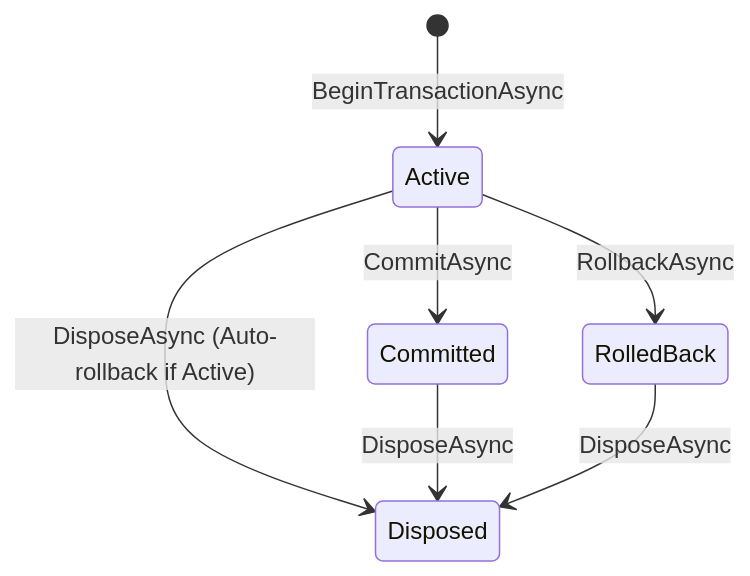
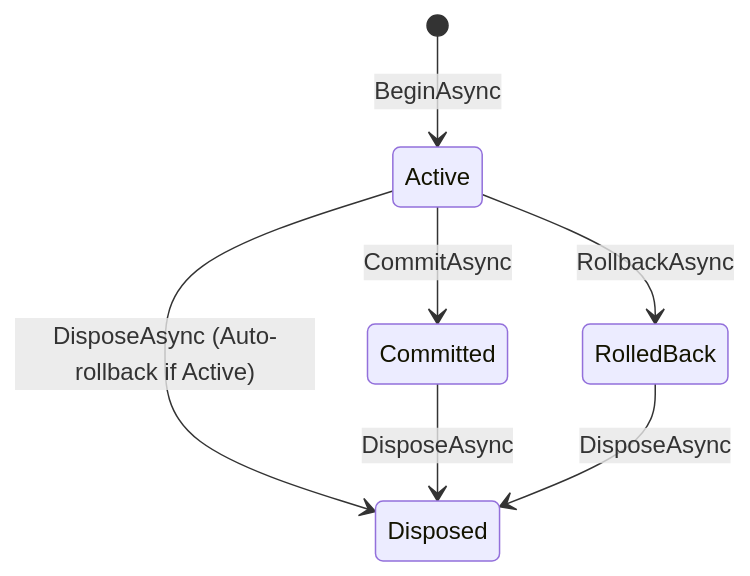
The diagram in docs/master-feature-matrix.md (ericksonlopezf/dotnet-transaction), drawn with Mermaid before and after one commit. The commit also changed other lines of this file and 181 other files, not shown here.

````diff
--- a/docs/master-feature-matrix.md
+++ b/docs/master-feature-matrix.md
@@ -33,9 +33,9 @@
 ```mermaid
 stateDiagram-v2
-    [*] --> Active : BeginTransactionAsync
+    [*] --> Active : BeginAsync
     Active --> Committed : CommitAsync
     Active --> RolledBack : RollbackAsync
     Active --> Disposed : DisposeAsync (Auto-rollback if Active)
     Committed --> Disposed : DisposeAsync
     RolledBack --> Disposed : DisposeAsync
 ```
````
